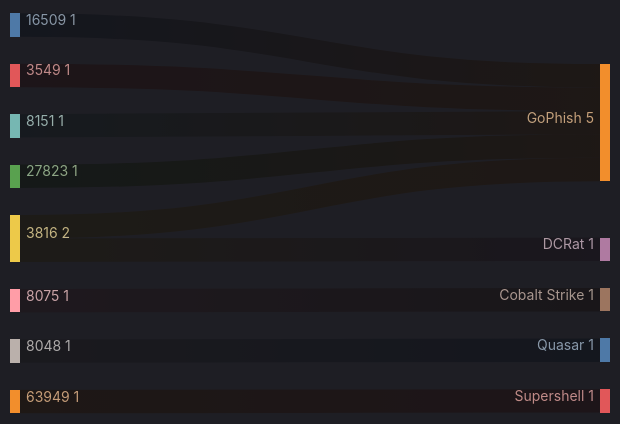
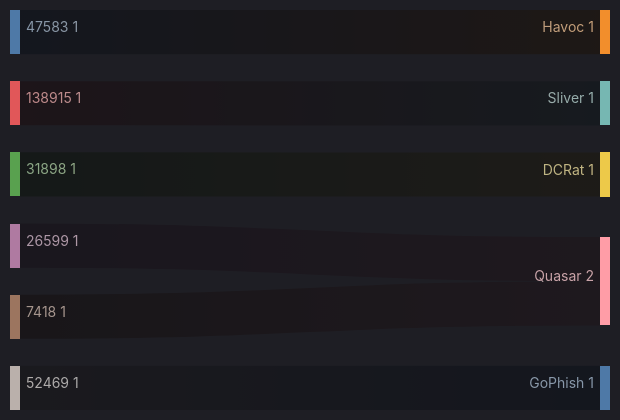
The eighth of 8 diagrams in zolim.md (ZoqueLabs/website), drawn with Mermaid before and after one commit. The commit also changed other lines of this file, not shown here.

````diff
--- a/zolim.md
+++ b/zolim.md
@@ -234,17 +234,14 @@
 ```mermaid
 ---
 config:
   theme: dark
 ---
 %% Δ ASN → Threat (new edges)
 sankey-beta
-  16509,GoPhish,1
-  3549,GoPhish,1
-  8151,GoPhish,1
-  27823,GoPhish,1
-  3816,GoPhish,1
-  3816,DCRat,1
-  8075,Cobalt Strike,1
-  8048,Quasar,1
-  63949,Supershell,1
+  47583,Havoc,1
+  138915,Sliver,1
+  31898,DCRat,1
+  26599,Quasar,1
+  7418,Quasar,1
+  52469,GoPhish,1
 ```
````
